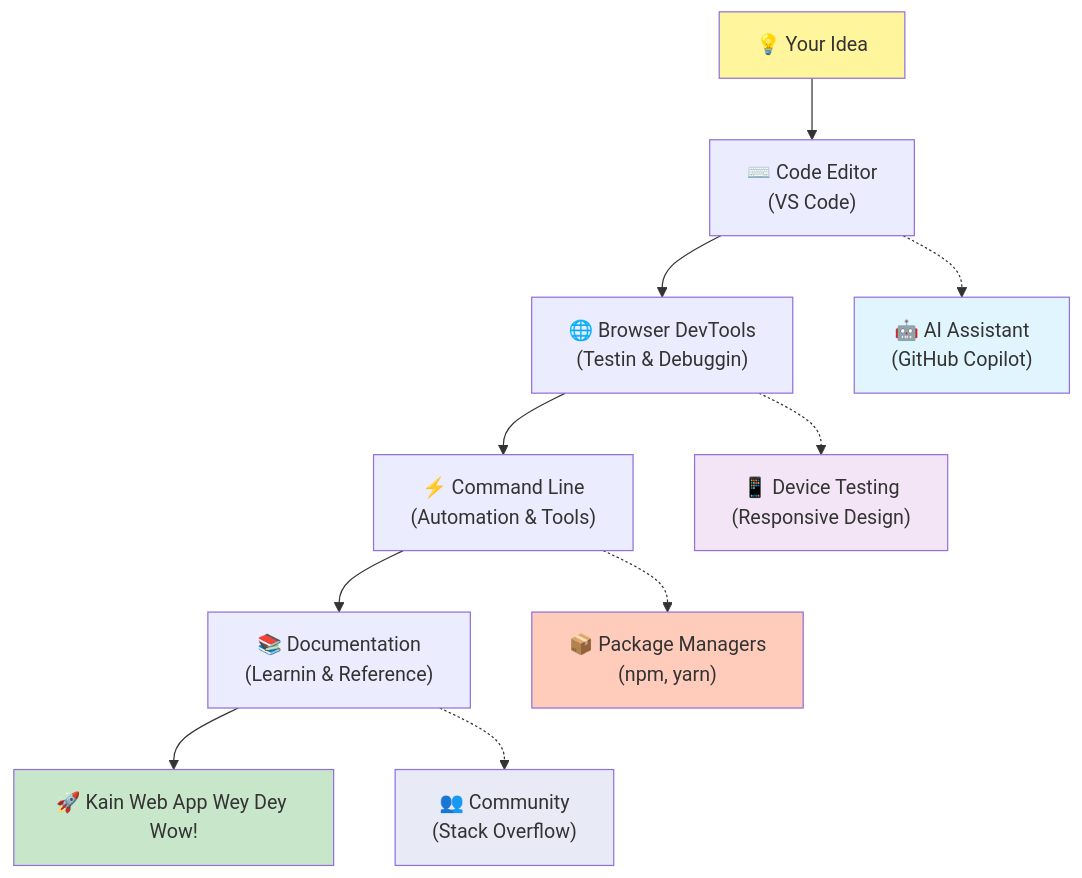
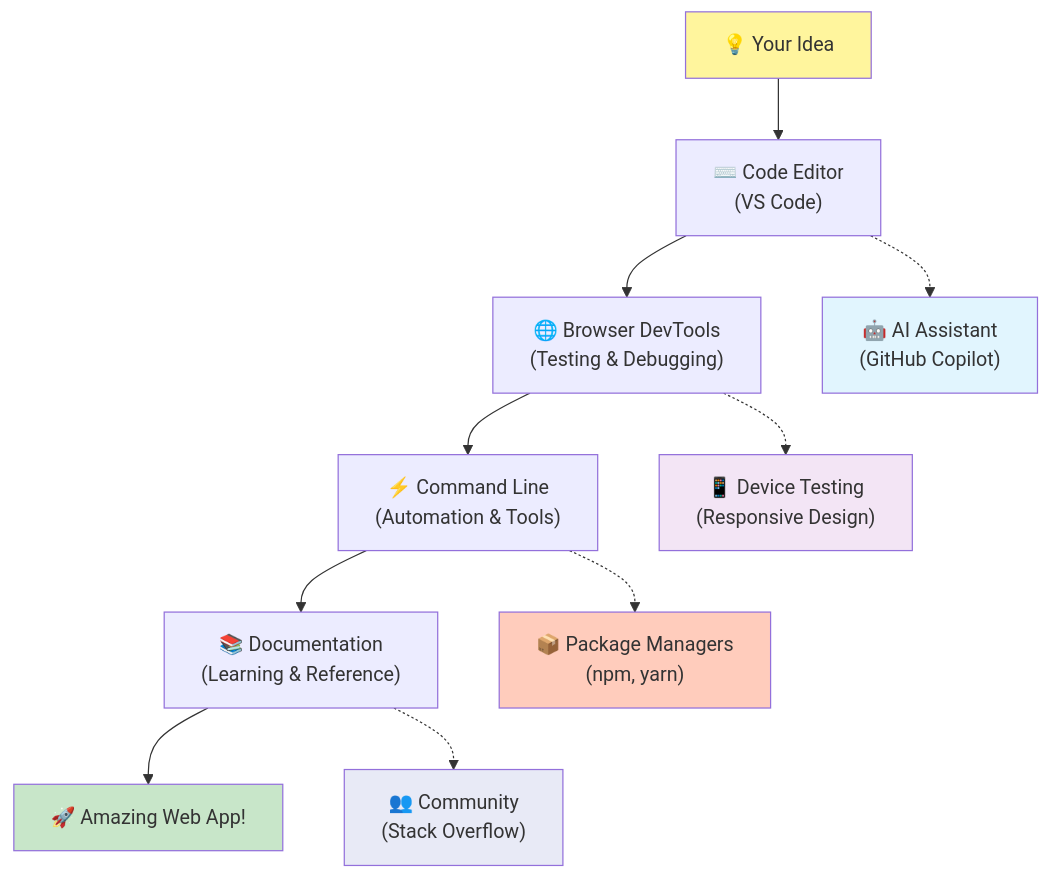
One commit to microsoft/Web-Dev-For-Beginners changed the fifth of 7 diagrams in translations/pcm/1-getting-started-lessons/1-intro-to-programming-languages/README.md. Above: the diagram before and after it, drawn with Mermaid. The commit also changed other lines of this file and 8 other files, not shown here.

````diff
--- a/translations/pcm/1-getting-started-lessons/1-intro-to-programming-languages/README.md
+++ b/translations/pcm/1-getting-started-lessons/1-intro-to-programming-languages/README.md
@@ -487,20 +488,20 @@
 ```mermaid
 graph TD
     A["💡 Your Idea"] --> B["⌨️ Code Editor<br/>(VS Code)"] 
-    B --> C["🌐 Browser DevTools<br/>(Testin & Debuggin)"]
+    B --> C["🌐 Browser DevTools<br/>(Testing & Debugging)"]
     C --> D["⚡ Command Line<br/>(Automation & Tools)"]
-    D --> E["📚 Documentation<br/>(Learnin & Reference)"]
-    E --> F["🚀 Kain Web App Wey Dey Wow!"]
+    D --> E["📚 Documentation<br/>(Learning & Reference)"]
+    E --> F["🚀 Amazing Web App!"]
     
     B -.-> G["🤖 AI Assistant<br/>(GitHub Copilot)"]
     C -.-> H["📱 Device Testing<br/>(Responsive Design)"]
     D -.-> I["📦 Package Managers<br/>(npm, yarn)"]
     E -.-> J["👥 Community<br/>(Stack Overflow)"]
     
     style A fill:#fff59d
     style F fill:#c8e6c9
     style G fill:#e1f5fe
     style H fill:#f3e5f5
     style I fill:#ffccbc
     style J fill:#e8eaf6
-```  
+```
````
